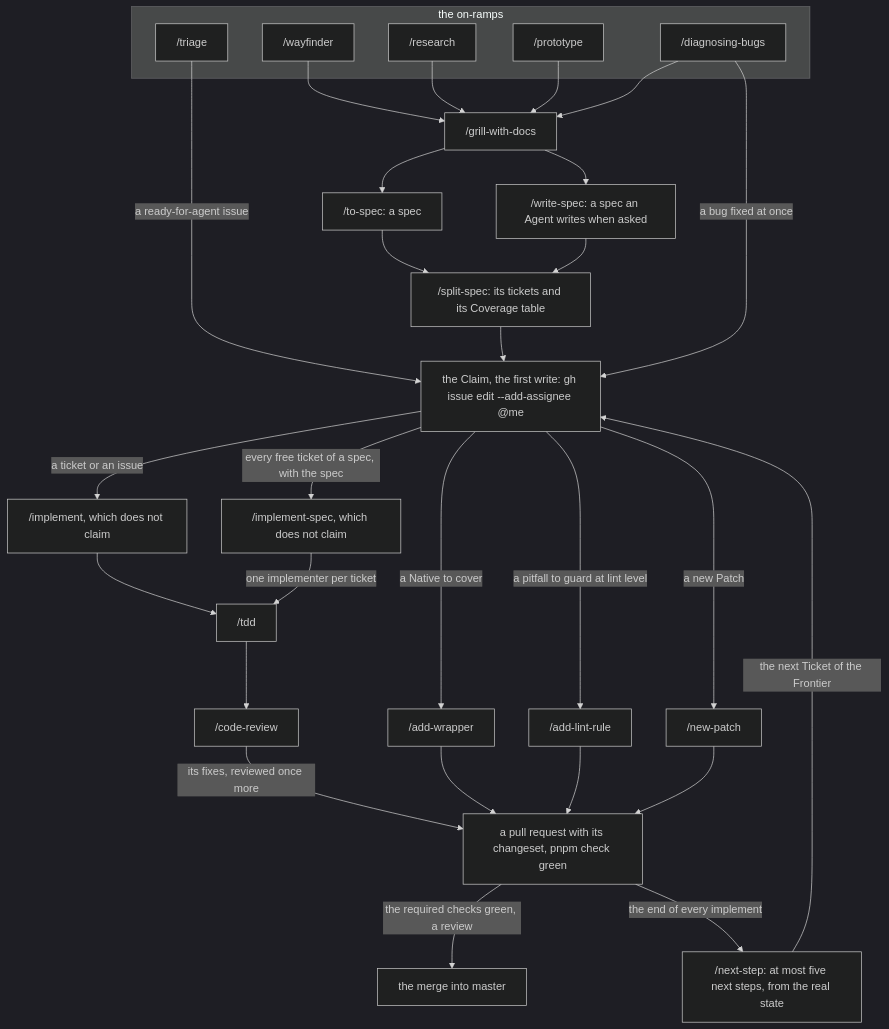
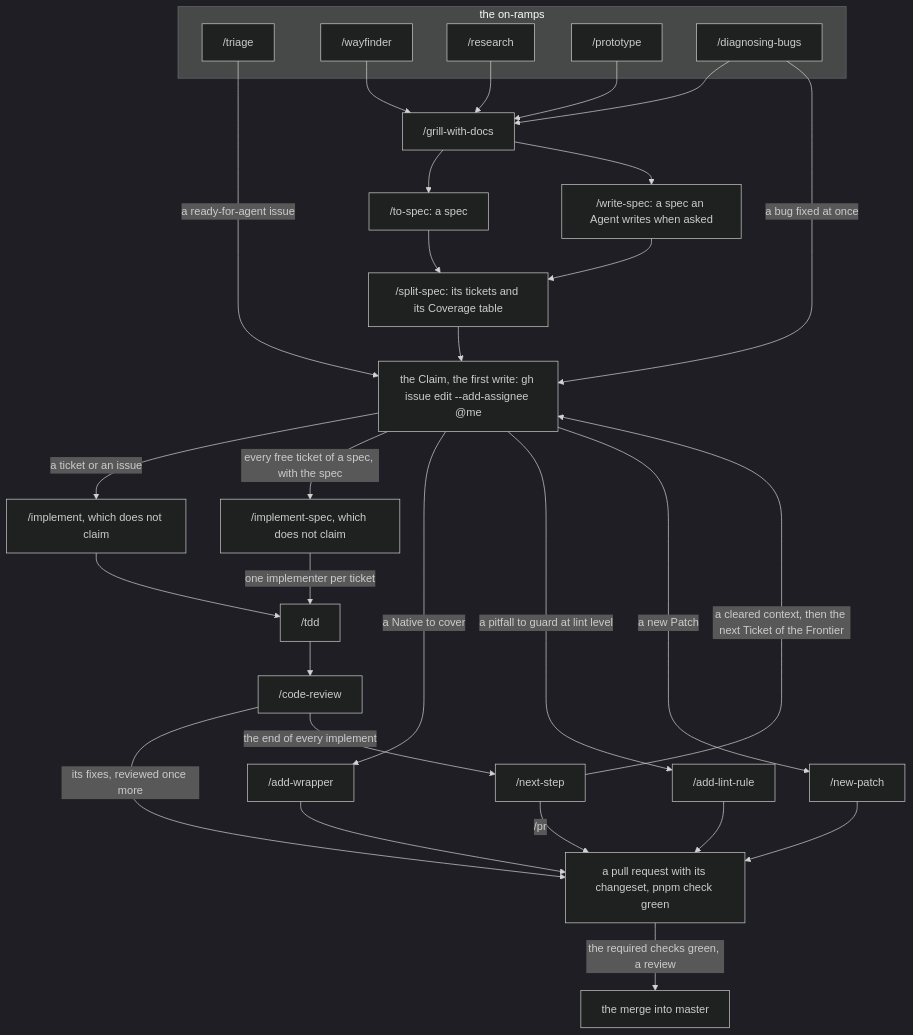
One commit to phmilk/reforged-ts changed the diagram in docs/agents/development-loop.md. Above: the diagram before and after it, drawn with Mermaid (dark theme). The commit also changed other lines of this file and 4 other files, not shown here.

First line of the commit message:
fix(skills): next-step reads the parent through the REST API and carries ask-matt's steps (#745)

````diff
--- a/docs/agents/development-loop.md
+++ b/docs/agents/development-loop.md
@@ -76,54 +76,55 @@
 ```mermaid
 flowchart TD
   %% diagram: development-loop
   %% covers: skills
   subgraph on_ramps["the on-ramps"]
     triage["/triage"]
     wayfinder["/wayfinder"]
     research["/research"]
     prototype["/prototype"]
     diagnosing_bugs["/diagnosing-bugs"]
   end
   grill_with_docs["/grill-with-docs"]
   to_spec["/to-spec: a spec"]
   write_spec["/write-spec: a spec an Agent writes when asked"]
   split_spec["/split-spec: its tickets and its Coverage table"]
   claim["the Claim, the first write: gh issue edit --add-assignee @me"]
   implement["/implement, which does not claim"]
   implement_spec["/implement-spec, which does not claim"]
   tdd["/tdd"]
   code_review["/code-review"]
-  next_step["/next-step: at most five next steps, from the real state"]
+  next_step["/next-step"]
   add_wrapper["/add-wrapper"]
   add_lint_rule["/add-lint-rule"]
   new_patch["/new-patch"]
   pull_request["a pull request with its changeset, pnpm check green"]
   merge["the merge into master"]
 
   wayfinder --> grill_with_docs
   research --> grill_with_docs
   prototype --> grill_with_docs
   diagnosing_bugs --> grill_with_docs
   triage -->|"a ready-for-agent issue"| claim
   diagnosing_bugs -->|"a bug fixed at once"| claim
   grill_with_docs --> to_spec
   grill_with_docs --> write_spec
   to_spec --> split_spec
   write_spec --> split_spec
   split_spec --> claim
   claim -->|"a ticket or an issue"| implement
   claim -->|"every free ticket of a spec, with the spec"| implement_spec
   claim -->|"a Native to cover"| add_wrapper
   claim -->|"a pitfall to guard at lint level"| add_lint_rule
   claim -->|"a new Patch"| new_patch
   implement --> tdd
   implement_spec -->|"one implementer per ticket"| tdd
   tdd --> code_review
   code_review -->|"its fixes, reviewed once more"| pull_request
   add_wrapper --> pull_request
   add_lint_rule --> pull_request
   new_patch --> pull_request
   pull_request -->|"the required checks green, a review"| merge
-  pull_request -->|"the end of every implement"| next_step
-  next_step -->|"the next Ticket of the Frontier"| claim
+  code_review -->|"the end of every implement"| next_step
+  next_step -->|"/pr"| pull_request
+  next_step -->|"a cleared context, then the next Ticket of the Frontier"| claim
 ```
````
